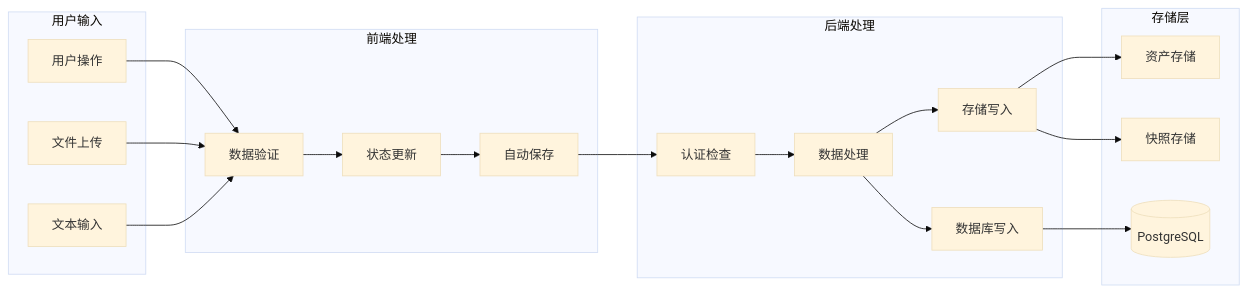
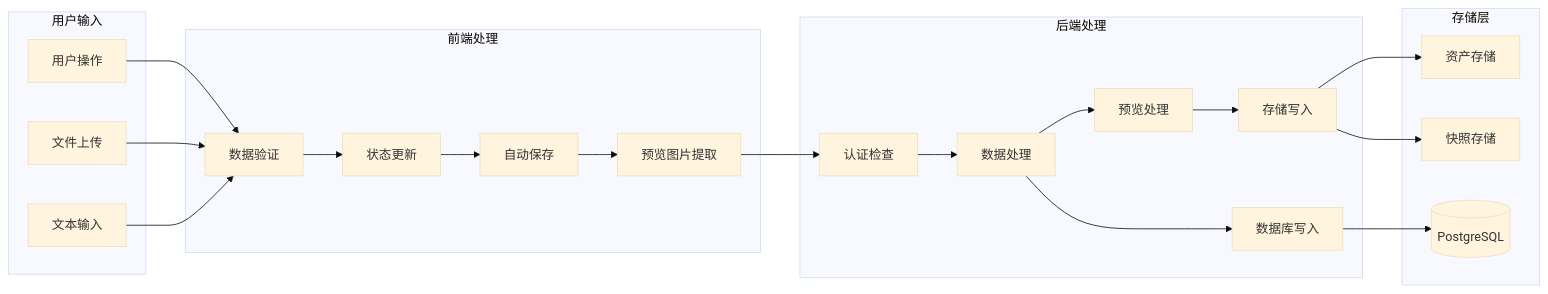
Diagram 14 of 15 in .qoder/repowiki/zh/content/API 集成/项目管理API系统.md (billye220670/BananaFlow2), drawn with Mermaid (base theme) before and after one commit. The commit also changed other lines of this file and 17 other files, not shown here.

First line of the commit message:
refactor: shimmer单元素架构重构，统一图片URL为Supabase单一来源

````diff
--- a/.qoder/repowiki/zh/content/API 集成/项目管理API系统.md
+++ b/.qoder/repowiki/zh/content/API 集成/项目管理API系统.md
@@ -483,36 +560,40 @@
 ```mermaid
 flowchart LR
 subgraph "用户输入"
 INPUT[用户操作]
 FILE_UPLOAD[文件上传]
 TEXT_INPUT[文本输入]
 end
 subgraph "前端处理"
 VALIDATION[数据验证]
 STATE_UPDATE[状态更新]
 AUTO_SAVE[自动保存]
+PREVIEW_EXTRACT[预览图片提取]
 end
 subgraph "后端处理"
 AUTH_CHECK[认证检查]
 DATA_PROCESS[数据处理]
+PREVIEW_PROCESS[预览处理]
 STORAGE_WRITE[存储写入]
 DB_WRITE[数据库写入]
 end
 subgraph "存储层"
 ASSETS_STORAGE[资产存储]
 SNAPSHOT_STORAGE[快照存储]
 DATABASE[(PostgreSQL)]
 end
 INPUT --> VALIDATION
 FILE_UPLOAD --> VALIDATION
 TEXT_INPUT --> VALIDATION
 VALIDATION --> STATE_UPDATE
 STATE_UPDATE --> AUTO_SAVE
-AUTO_SAVE --> AUTH_CHECK
+AUTO_SAVE --> PREVIEW_EXTRACT
+PREVIEW_EXTRACT --> AUTH_CHECK
 AUTH_CHECK --> DATA_PROCESS
-DATA_PROCESS --> STORAGE_WRITE
+DATA_PROCESS --> PREVIEW_PROCESS
+PREVIEW_PROCESS --> STORAGE_WRITE
 DATA_PROCESS --> DB_WRITE
 STORAGE_WRITE --> ASSETS_STORAGE
 STORAGE_WRITE --> SNAPSHOT_STORAGE
 DB_WRITE --> DATABASE
 ```
````
